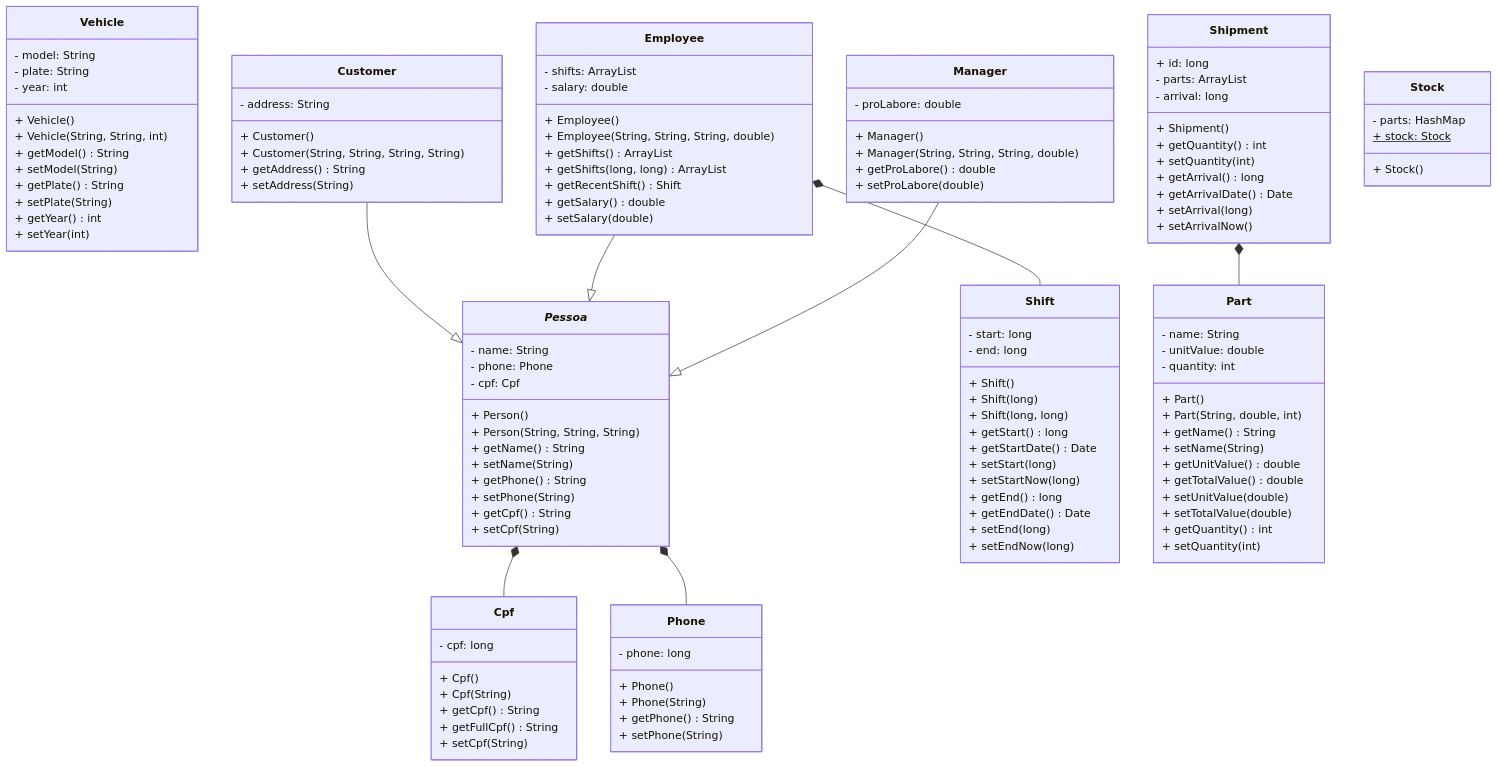
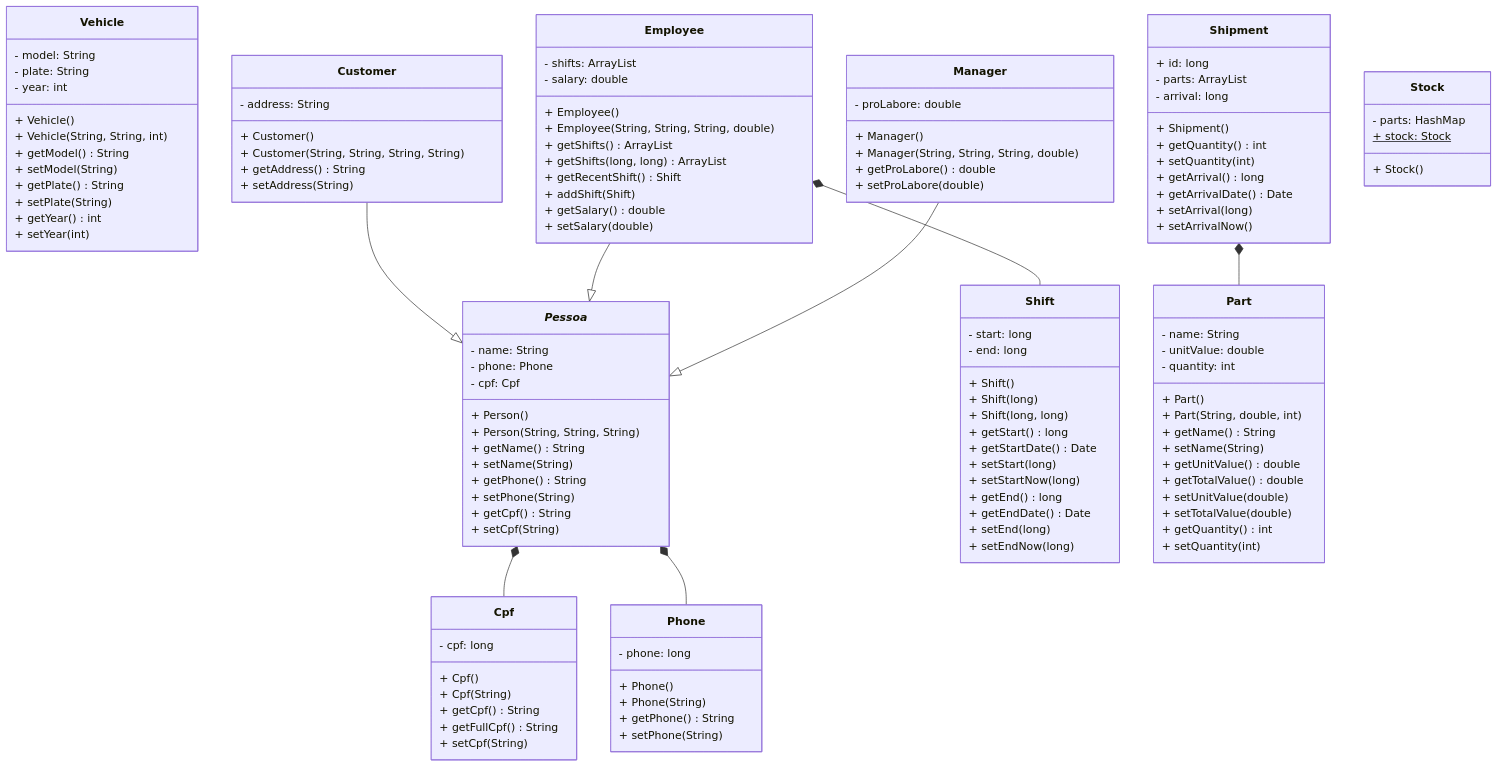
The diagram in README.md (alan-b-lima/Workshop), drawn with Mermaid before and after one commit. The commit also changed other lines of this file and 1 other file, not shown here.

```diff
--- a/README.md
+++ b/README.md
@@ -147,6 +147,7 @@
         + getShifts() ArrayList<Shift>
         + getShifts(long, long) ArrayList<Shift>
         + getRecentShift() Shift
+        + addShift(Shift) 
         + getSalary() double
         + setSalary(double)
     }
```
